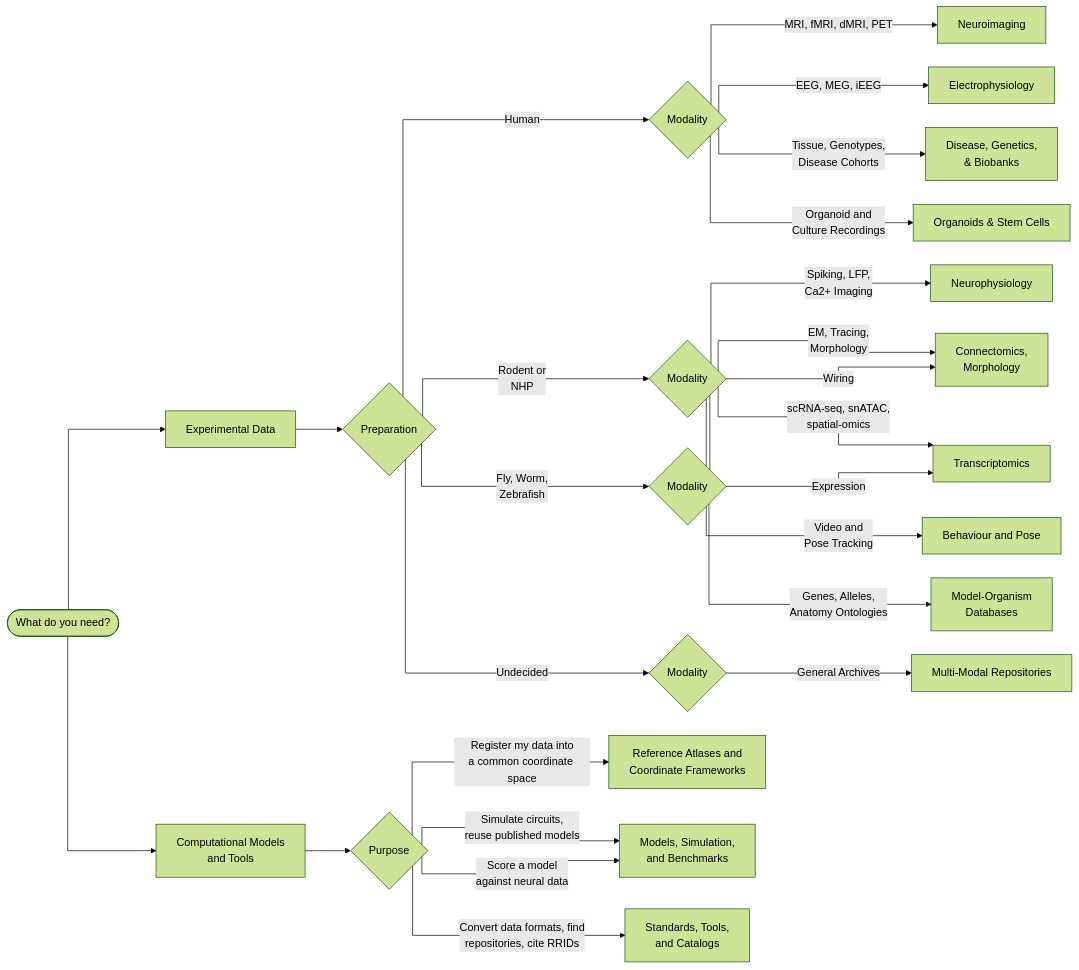
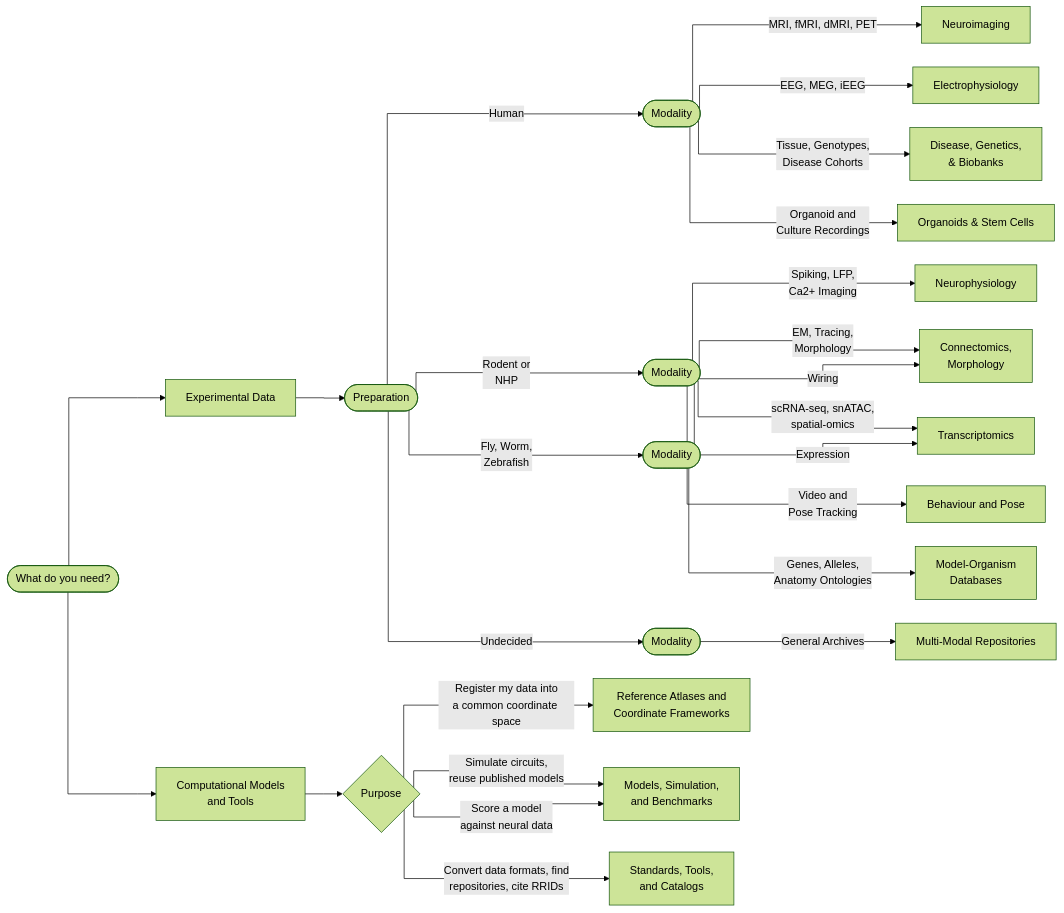
Before and after one commit to lauramedlock/neuroarchives: the diagram in docs/index.md, drawn with Mermaid (forest theme).

Commit message:
Update preparation node syntax in index.md

````diff
--- a/docs/index.md
+++ b/docs/index.md
@@ -41,35 +41,35 @@
 ```mermaid
 %%{init: {"flowchart": {"curve": "stepBefore", "nodeSpacing": 35, "rankSpacing": 55, "useMaxWidth": true}} }%%
 flowchart LR
     START([What do you need?])
     START --> EXP[Experimental Data]
     START --> MOD[Computational Models<br>and Tools]
 
-    EXP --> PREP{Preparation}
-    PREP -->|Human| HU{Modality}
-    PREP -->|Rodent or<br>NHP| RO{Modality}
-    PREP -->|Fly, Worm,<br>Zebrafish| INV{Modality}
-    PREP -->|Undecided| GEN{Modality}
+    EXP --> PREP([Preparation])
+    PREP -->|Human| HU([Modality])
+    PREP -->|Rodent or<br>NHP| RO([Modality])
+    PREP -->|Fly, Worm,<br>Zebrafish| INV([Modality])
+    PREP -->|Undecided| GEN([Modality])
 
     HU -->|MRI, fMRI, dMRI, PET| E1[Neuroimaging]
     HU -->|EEG, MEG, iEEG| E2[Electrophysiology]
     HU -->|Tissue, Genotypes,<br>Disease Cohorts| E3[Disease, Genetics,<br>& Biobanks]
     HU -->|Organoid and<br>Culture Recordings| E4[Organoids & Stem Cells]
 
     RO -->|Spiking, LFP,<br>Ca2+ Imaging| E5[Neurophysiology] 
     RO -->|EM, Tracing,<br>Morphology| E6[Connectomics, <br> Morphology]
     RO -->|scRNA-seq, snATAC,<br>spatial-omics| E7[Transcriptomics]
     RO -->|Video and<br>Pose Tracking| E8[Behaviour and Pose]
 
     INV -->|Wiring| E6
     INV -->|Expression| E7
     INV -->|Genes, Alleles,<br>Anatomy Ontologies| E9[Model-Organism<br>Databases]
 
     GEN -->|General Archives| E10[Multi-Modal Repositories]
 
     MOD --> PURPOSE{Purpose}
     PURPOSE -->|Register my data into<br>a common coordinate space| M1[Reference Atlases and<br>Coordinate Frameworks]
     PURPOSE -->|Simulate circuits,<br>reuse published models| M2[Models, Simulation,<br>and Benchmarks]
     PURPOSE -->|Score a model<br>against neural data| M2
     PURPOSE -->|Convert data formats, find<br>repositories, cite RRIDs| M3[Standards, Tools,<br>and Catalogs]
 ```
````
